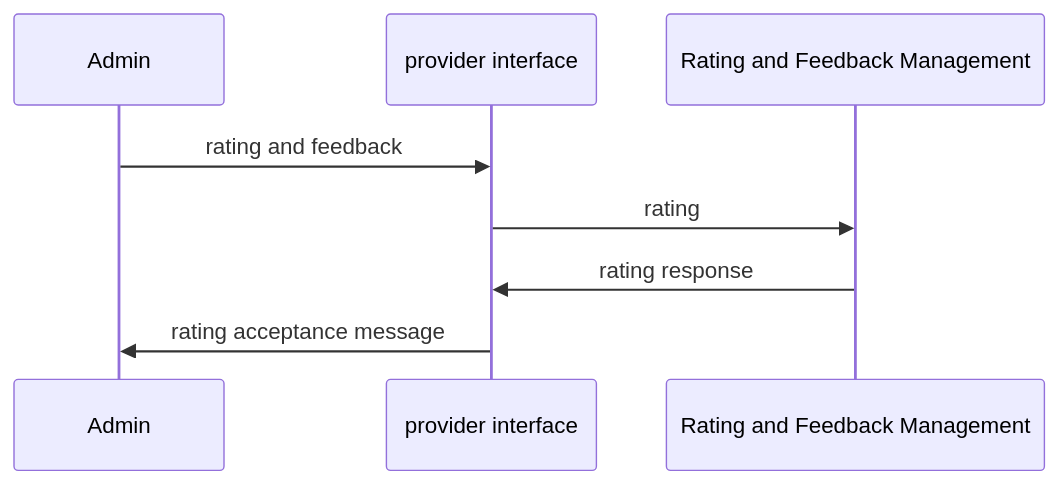
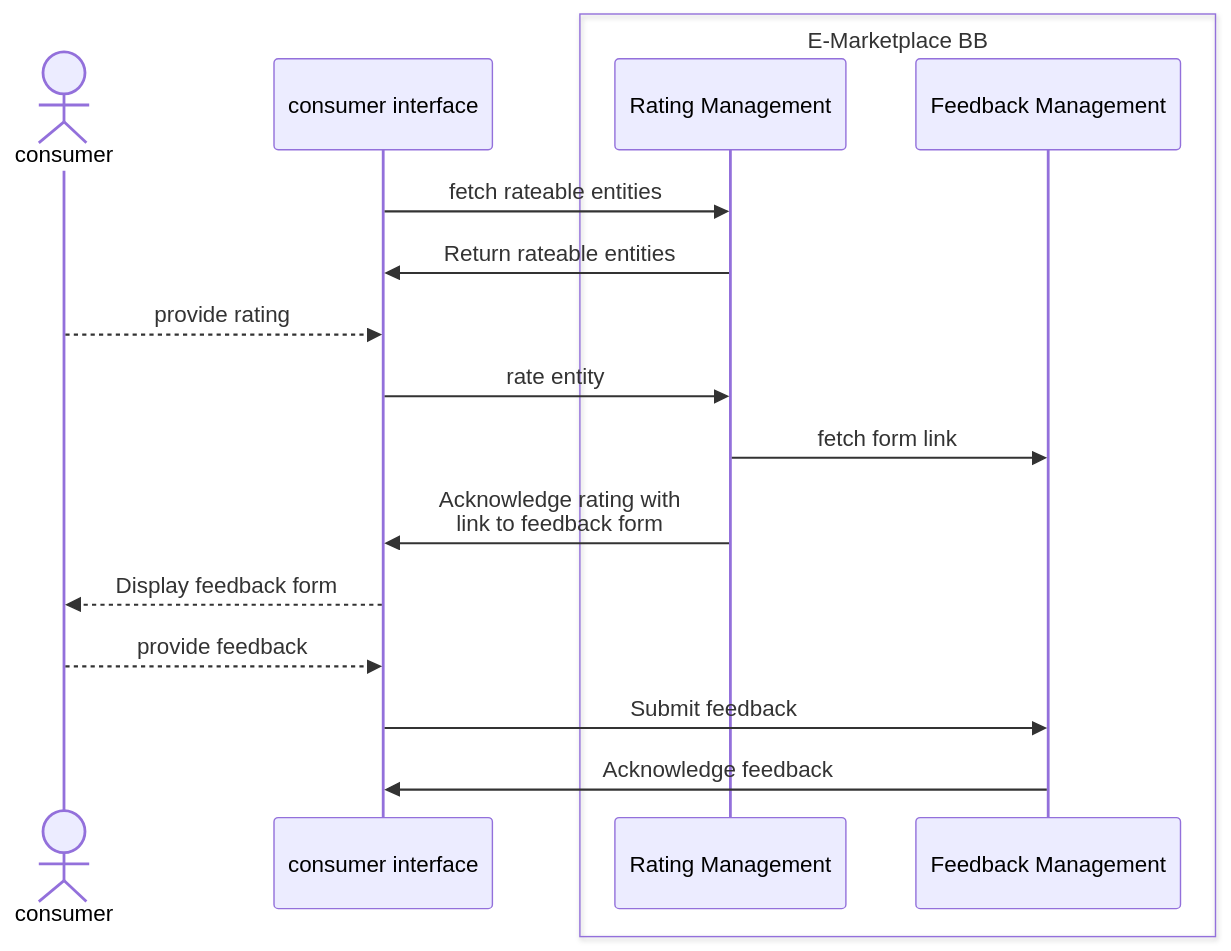
Diagram 14 of 15 in spec/9-workflows.md (GovStackWorkingGroup/bb-emarketplace), drawn with Mermaid before and after one commit.

Commit message:
GITBOOK-64: Update seq diagram - Rating and Feedback

````diff
--- a/spec/9-workflows.md
+++ b/spec/9-workflows.md
@@ -366,7 +366,19 @@
 ```mermaid
 sequenceDiagram
-Admin->>provider interface: rating and feedback
-    provider interface->>Rating and Feedback Management:rating
-Rating and Feedback Management->>provider interface:rating response
-     provider interface->>Admin: rating acceptance message
+    Actor consumer
+    participant consumer interface
+    box E-Marketplace BB
+    participant Rating Management
+    participant Feedback Management
+    end
+    consumer interface->>Rating Management: fetch rateable entities
+    Rating Management->>consumer interface: Return rateable entities
+    consumer-->>consumer interface: provide rating
+    consumer interface->>Rating Management: rate entity
+    Rating Management->>Feedback Management: fetch form link
+    Rating Management->>consumer interface: Acknowledge rating with <br/> link to feedback form
+    consumer interface-->>consumer: Display feedback form
+    consumer-->>consumer interface: provide feedback
+    consumer interface->>Feedback Management: Submit feedback
+    Feedback Management->>consumer interface: Acknowledge feedback
 ```
````
